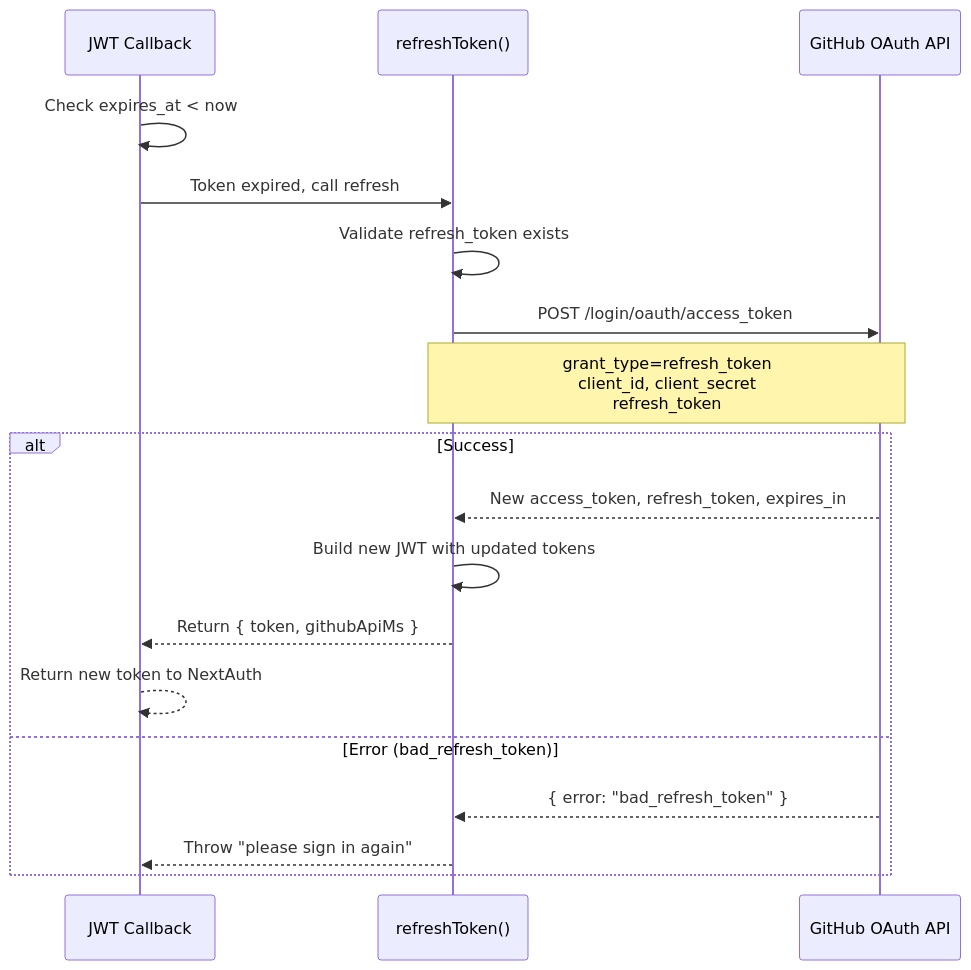
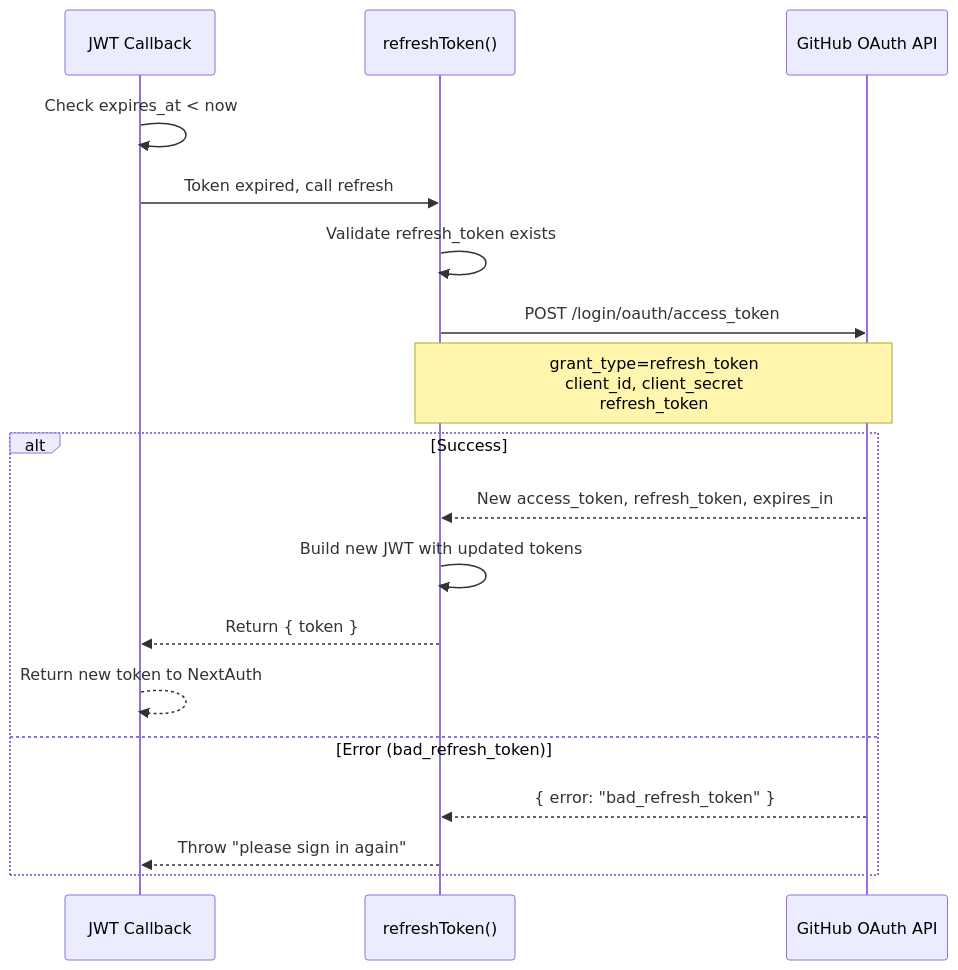
One commit to youngchingjui/issue-to-pr changed the third of 6 diagrams in docs/internal/auth-flow-diagrams.md. Above: the diagram before and after it, drawn with Mermaid. The commit also changed other lines of this file and 3 other files, not shown here.

````diff
--- a/docs/internal/auth-flow-diagrams.md
+++ b/docs/internal/auth-flow-diagrams.md
@@ -70,24 +70,24 @@
 ```mermaid
 sequenceDiagram
     participant JWT as JWT Callback
     participant Refresh as refreshToken()
     participant GitHub as GitHub OAuth API
 
     JWT->>JWT: Check expires_at < now
     JWT->>Refresh: Token expired, call refresh
 
     Refresh->>Refresh: Validate refresh_token exists
 
     Refresh->>GitHub: POST /login/oauth/access_token
     Note over Refresh,GitHub: grant_type=refresh_token<br/>client_id, client_secret<br/>refresh_token
 
     alt Success
         GitHub-->>Refresh: New access_token, refresh_token, expires_in
         Refresh->>Refresh: Build new JWT with updated tokens
-        Refresh-->>JWT: Return { token, githubApiMs }
+        Refresh-->>JWT: Return { token }
         JWT-->>JWT: Return new token to NextAuth
     else Error (bad_refresh_token)
         GitHub-->>Refresh: { error: "bad_refresh_token" }
         Refresh-->>JWT: Throw "please sign in again"
     end
 ```
````
